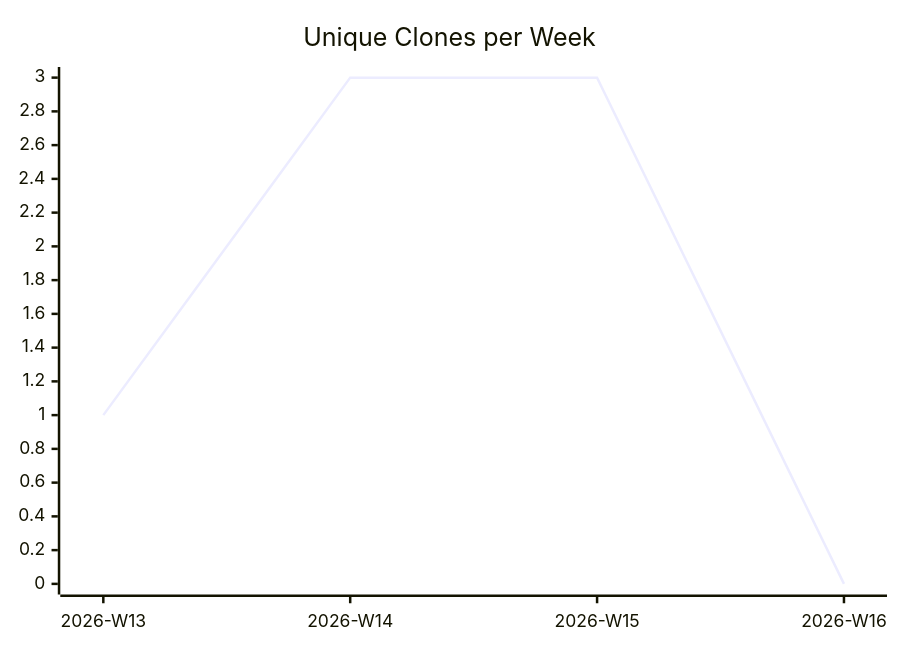
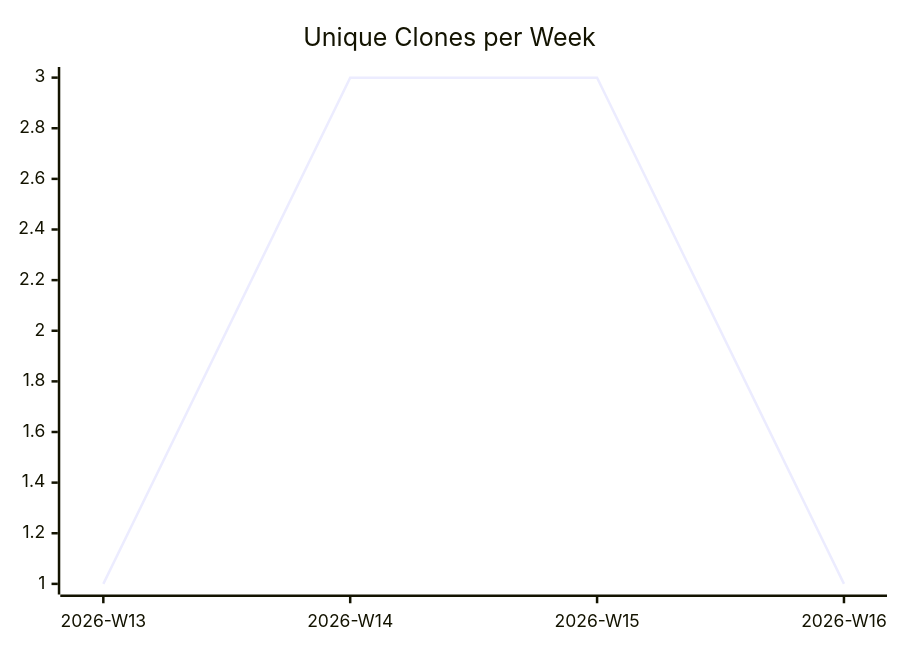
The third of 3 diagrams in karlmdavis/puppet-sonar/README.md (justdavis-family/github-analytics-data), drawn with Mermaid before and after one commit. The commit also changed other lines of this file and 189 other files, not shown here.

````diff
--- a/karlmdavis/puppet-sonar/README.md
+++ b/karlmdavis/puppet-sonar/README.md
@@ -19,6 +19,6 @@
 ```mermaid
 xychart-beta
   title "Unique Clones per Week"
   x-axis ["2026-W13", "2026-W14", "2026-W15", "2026-W16"]
-  line [1, 3, 3, 0]
+  line [1, 3, 3, 1]
 ```
````
